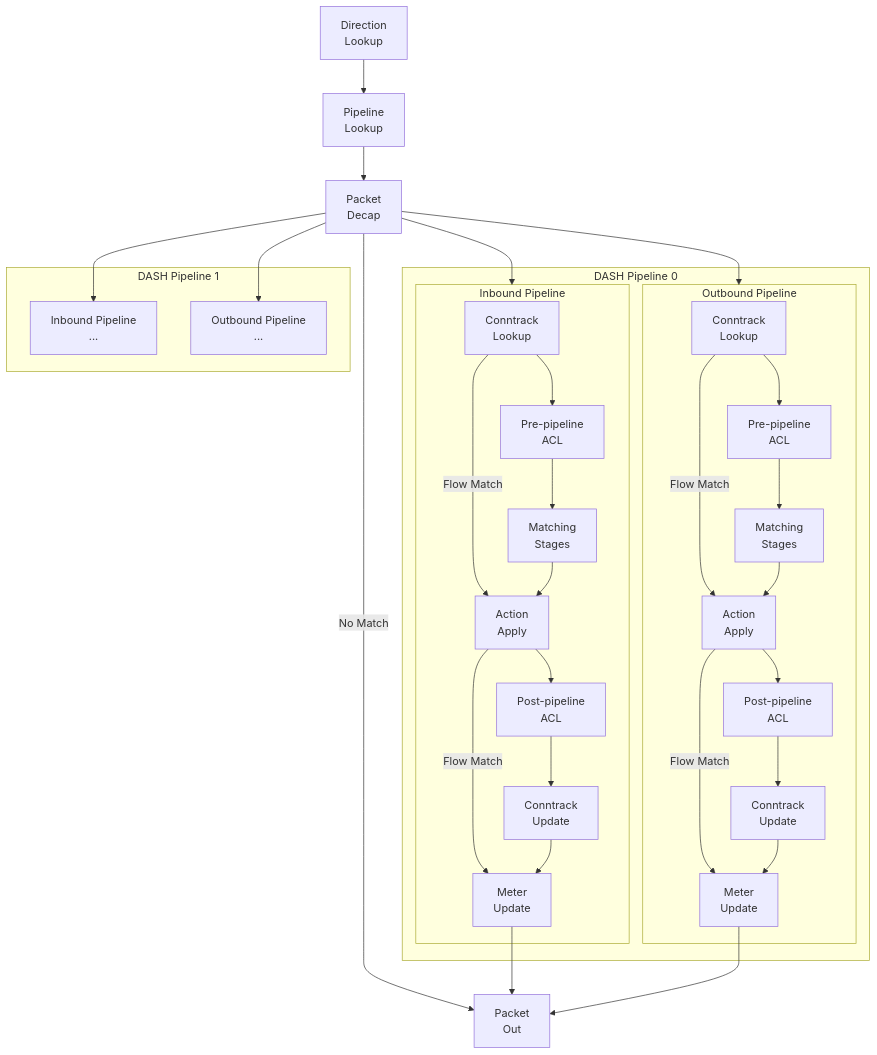
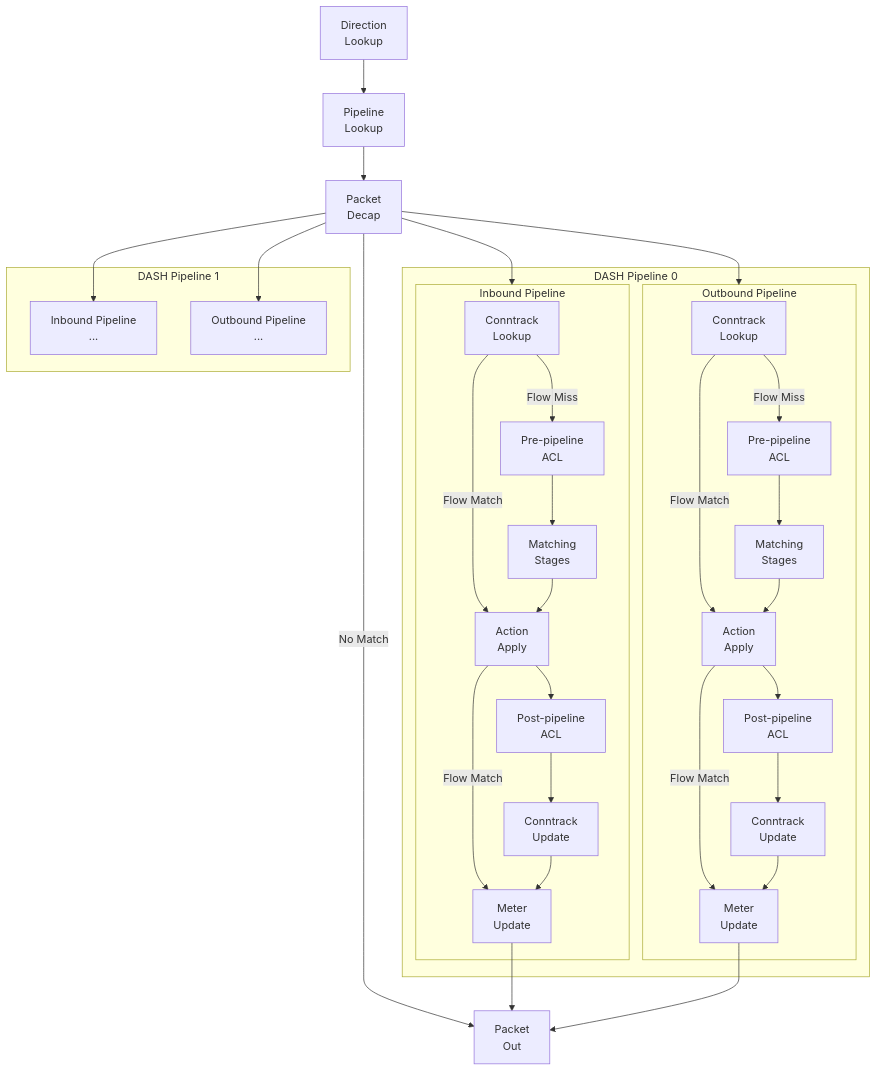
The first of 5 diagrams in documentation/general/dash-sai-pipeline-packet-flow.md (sonic-net/DASH), drawn with Mermaid before and after one commit.

Commit message:
minor update.

````diff
--- a/documentation/general/dash-sai-pipeline-packet-flow.md
+++ b/documentation/general/dash-sai-pipeline-packet-flow.md
@@ -54,64 +54,64 @@
 ```mermaid
 flowchart TB
     DL[Direction<br>Lookup]
     PL[Pipeline<br>Lookup]
     PD[Packet<br>Decap]
 
     subgraph P0[DASH Pipeline 0]
         subgraph In0[Inbound Pipeline]
             CTL0[Conntrack<br>Lookup]
             PreACL0[Pre-pipeline<br>ACL]
             MATS0[Matching<br>Stages]
             AA0[Action<br>Apply]
             PostACL0[Post-pipeline<br>ACL]
             CTU0[Conntrack<br>Update]
             MS0[Meter<br>Update]
         end
 
         subgraph Out0[Outbound Pipeline]
             CTL1[Conntrack<br>Lookup]
             PreACL1[Pre-pipeline<br>ACL]
             MATS1[Matching<br>Stages]
             AA1[Action<br>Apply]
             PostACL1[Post-pipeline<br>ACL]
             CTU1[Conntrack<br>Update]
             MS1[Meter<br>Update]
         end
     end
 
     subgraph P1[DASH Pipeline 1]
         In1[Inbound Pipeline<br>...]
         Out1[Outbound Pipeline<br>...]
     end
 
     Out[Packet<br>Out]
 
     DL --> PL
     PL --> PD
 
     PD --> In0
     PD --> Out0
     PD --> In1
     PD --> Out1 
     PD --> |No Match| Out
 
-    CTL0 --> PreACL0
+    CTL0 --> |Flow Miss| PreACL0
     CTL0 --> |Flow Match| AA0
     PreACL0 --> MATS0
     MATS0 --> AA0
     AA0 --> PostACL0
     PostACL0 --> CTU0
     AA0 --> |Flow Match| MS0
     CTU0 --> MS0
     MS0 --> Out
 
-    CTL1 --> PreACL1
+    CTL1 --> |Flow Miss| PreACL1
     CTL1 --> |Flow Match| AA1
     PreACL1 --> MATS1
     MATS1 --> AA1
     AA1 --> PostACL1
     PostACL1 --> CTU1
     AA1 --> |Flow Match| MS1
     CTU1 --> MS1
     MS1 --> Out
 ```
````
